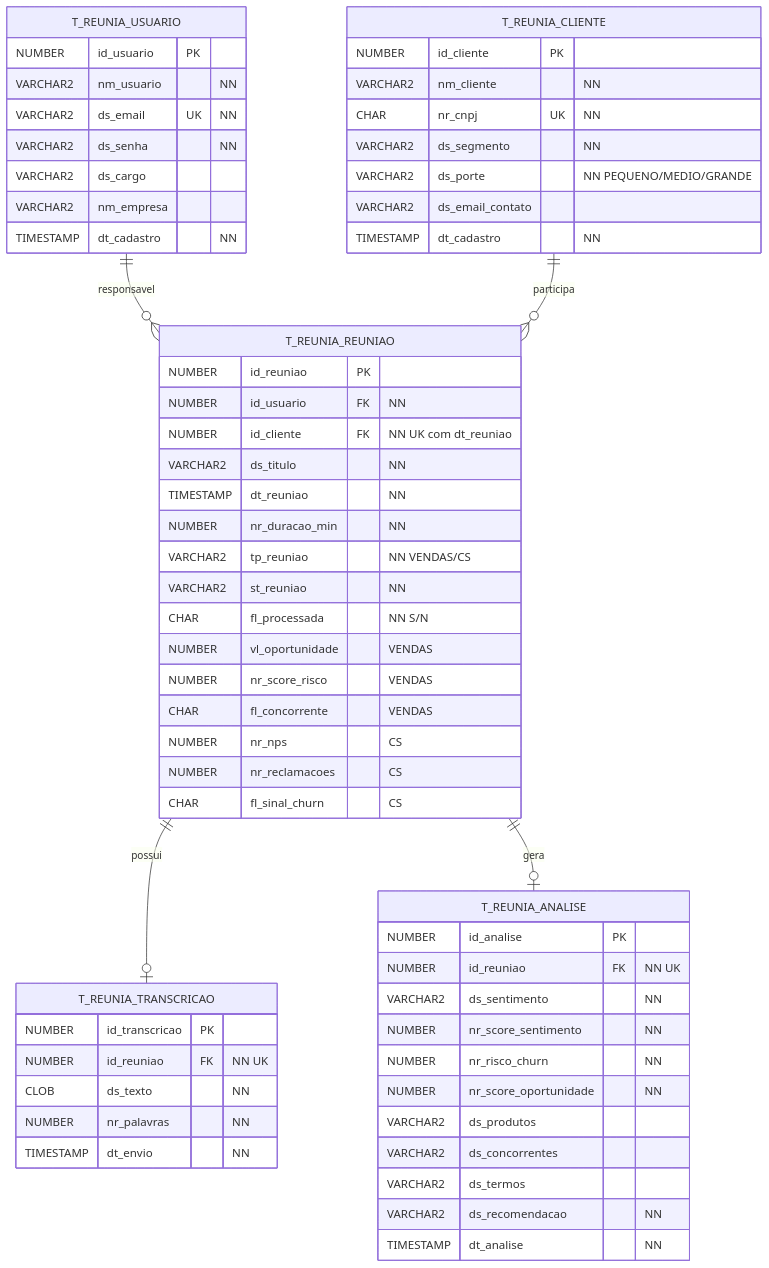
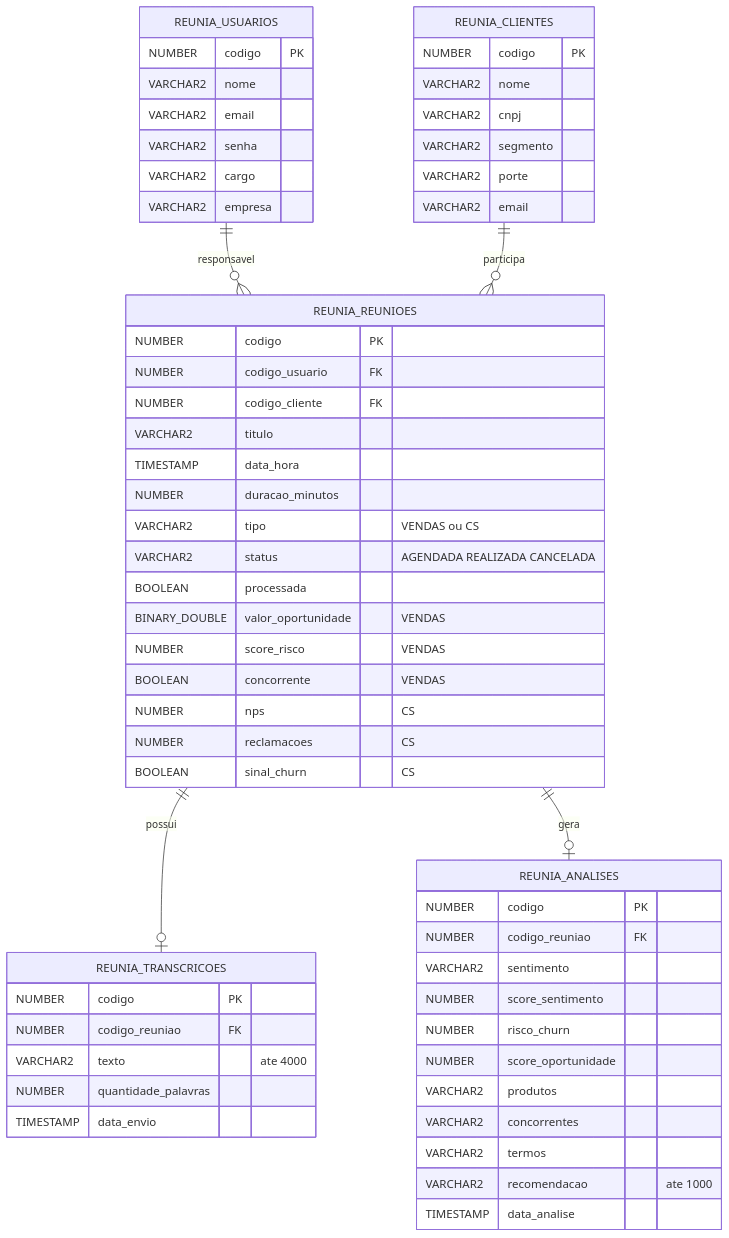
One commit to erickgabriel33/Sprint-03-JAVA changed the diagram in docs/modelo-banco.mmd. Above: the diagram before and after it, drawn with Mermaid. The commit also changed 115 other files, not shown here.

```diff
--- a/docs/modelo-banco.mmd
+++ b/docs/modelo-banco.mmd
@@ -1,60 +1,58 @@
 erDiagram
-    T_REUNIA_USUARIO ||--o{ T_REUNIA_REUNIAO : "responsavel"
-    T_REUNIA_CLIENTE ||--o{ T_REUNIA_REUNIAO : "participa"
-    T_REUNIA_REUNIAO ||--o| T_REUNIA_TRANSCRICAO : "possui"
-    T_REUNIA_REUNIAO ||--o| T_REUNIA_ANALISE : "gera"
-    T_REUNIA_USUARIO {
-        NUMBER id_usuario PK
-        VARCHAR2 nm_usuario "NN"
-        VARCHAR2 ds_email UK "NN"
-        VARCHAR2 ds_senha "NN"
-        VARCHAR2 ds_cargo
-        VARCHAR2 nm_empresa
-        TIMESTAMP dt_cadastro "NN"
+    REUNIA_USUARIOS ||--o{ REUNIA_REUNIOES : "responsavel"
+    REUNIA_CLIENTES ||--o{ REUNIA_REUNIOES : "participa"
+    REUNIA_REUNIOES ||--o| REUNIA_TRANSCRICOES : "possui"
+    REUNIA_REUNIOES ||--o| REUNIA_ANALISES : "gera"
+    REUNIA_USUARIOS {
+        NUMBER codigo PK
+        VARCHAR2 nome
+        VARCHAR2 email
+        VARCHAR2 senha
+        VARCHAR2 cargo
+        VARCHAR2 empresa
     }
-    T_REUNIA_CLIENTE {
-        NUMBER id_cliente PK
-        VARCHAR2 nm_cliente "NN"
-        CHAR nr_cnpj UK "NN"
-        VARCHAR2 ds_segmento "NN"
-        VARCHAR2 ds_porte "NN PEQUENO/MEDIO/GRANDE"
-        VARCHAR2 ds_email_contato
-        TIMESTAMP dt_cadastro "NN"
+    REUNIA_CLIENTES {
+        NUMBER codigo PK
+        VARCHAR2 nome
+        VARCHAR2 cnpj
+        VARCHAR2 segmento
+        VARCHAR2 porte
+        VARCHAR2 email
     }
-    T_REUNIA_REUNIAO {
-        NUMBER id_reuniao PK
-        NUMBER id_usuario FK "NN"
-        NUMBER id_cliente FK "NN UK com dt_reuniao"
-        VARCHAR2 ds_titulo "NN"
-        TIMESTAMP dt_reuniao "NN"
-        NUMBER nr_duracao_min "NN"
-        VARCHAR2 tp_reuniao "NN VENDAS/CS"
-        VARCHAR2 st_reuniao "NN"
-        CHAR fl_processada "NN S/N"
-        NUMBER vl_oportunidade "VENDAS"
-        NUMBER nr_score_risco "VENDAS"
-        CHAR fl_concorrente "VENDAS"
-        NUMBER nr_nps "CS"
-        NUMBER nr_reclamacoes "CS"
-        CHAR fl_sinal_churn "CS"
+    REUNIA_REUNIOES {
+        NUMBER codigo PK
+        NUMBER codigo_usuario FK
+        NUMBER codigo_cliente FK
+        VARCHAR2 titulo
+        TIMESTAMP data_hora
+        NUMBER duracao_minutos
+        VARCHAR2 tipo "VENDAS ou CS"
+        VARCHAR2 status "AGENDADA REALIZADA CANCELADA"
+        BOOLEAN processada
+        BINARY_DOUBLE valor_oportunidade "VENDAS"
+        NUMBER score_risco "VENDAS"
+        BOOLEAN concorrente "VENDAS"
+        NUMBER nps "CS"
+        NUMBER reclamacoes "CS"
+        BOOLEAN sinal_churn "CS"
     }
-    T_REUNIA_TRANSCRICAO {
-        NUMBER id_transcricao PK
-        NUMBER id_reuniao FK "NN UK"
-        CLOB ds_texto "NN"
-        NUMBER nr_palavras "NN"
-        TIMESTAMP dt_envio "NN"
+    REUNIA_TRANSCRICOES {
+        NUMBER codigo PK
+        NUMBER codigo_reuniao FK
+        VARCHAR2 texto "ate 4000"
+        NUMBER quantidade_palavras
+        TIMESTAMP data_envio
     }
-    T_REUNIA_ANALISE {
-        NUMBER id_analise PK
-        NUMBER id_reuniao FK "NN UK"
-        VARCHAR2 ds_sentimento "NN"
-        NUMBER nr_score_sentimento "NN"
-        NUMBER nr_risco_churn "NN"
-        NUMBER nr_score_oportunidade "NN"
-        VARCHAR2 ds_produtos
-        VARCHAR2 ds_concorrentes
-        VARCHAR2 ds_termos
-        VARCHAR2 ds_recomendacao "NN"
-        TIMESTAMP dt_analise "NN"
+    REUNIA_ANALISES {
+        NUMBER codigo PK
+        NUMBER codigo_reuniao FK
+        VARCHAR2 sentimento
+        NUMBER score_sentimento
+        NUMBER risco_churn
+        NUMBER score_oportunidade
+        VARCHAR2 produtos
+        VARCHAR2 concorrentes
+        VARCHAR2 termos
+        VARCHAR2 recomendacao "ate 1000"
+        TIMESTAMP data_analise
     }
```
